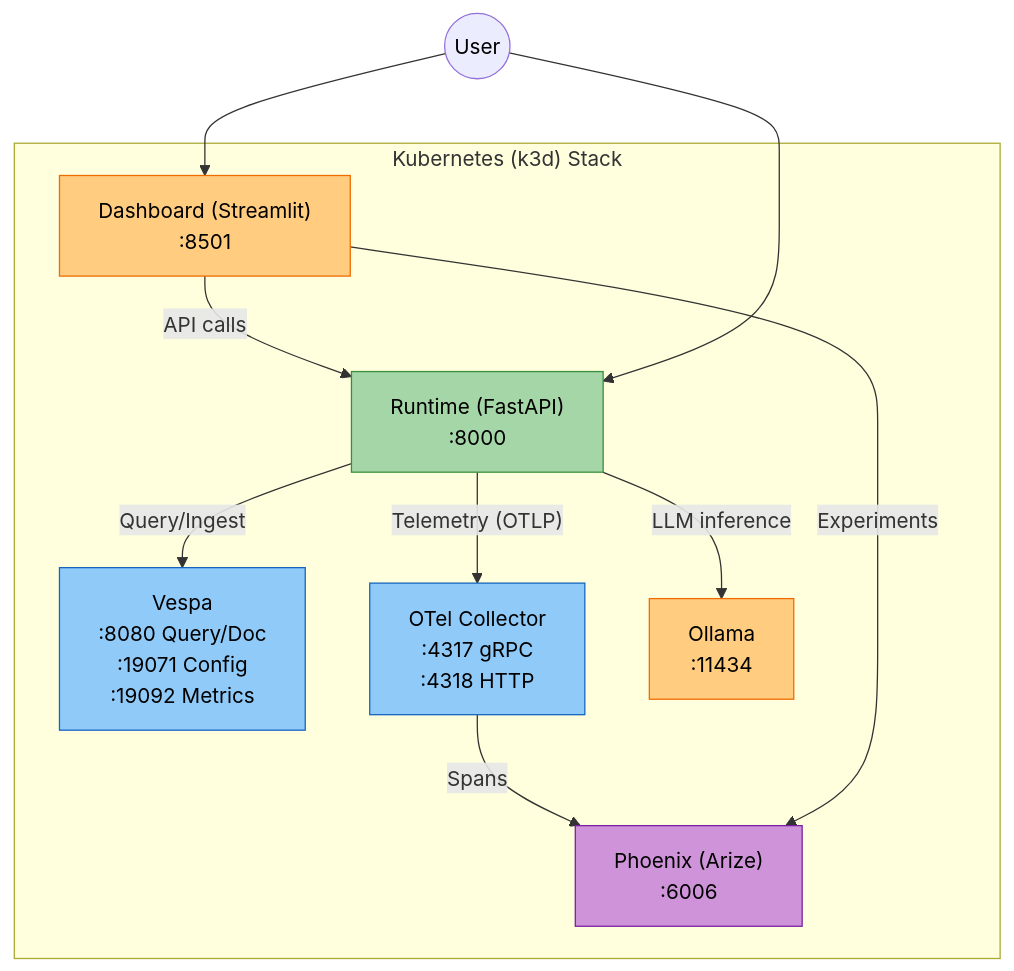
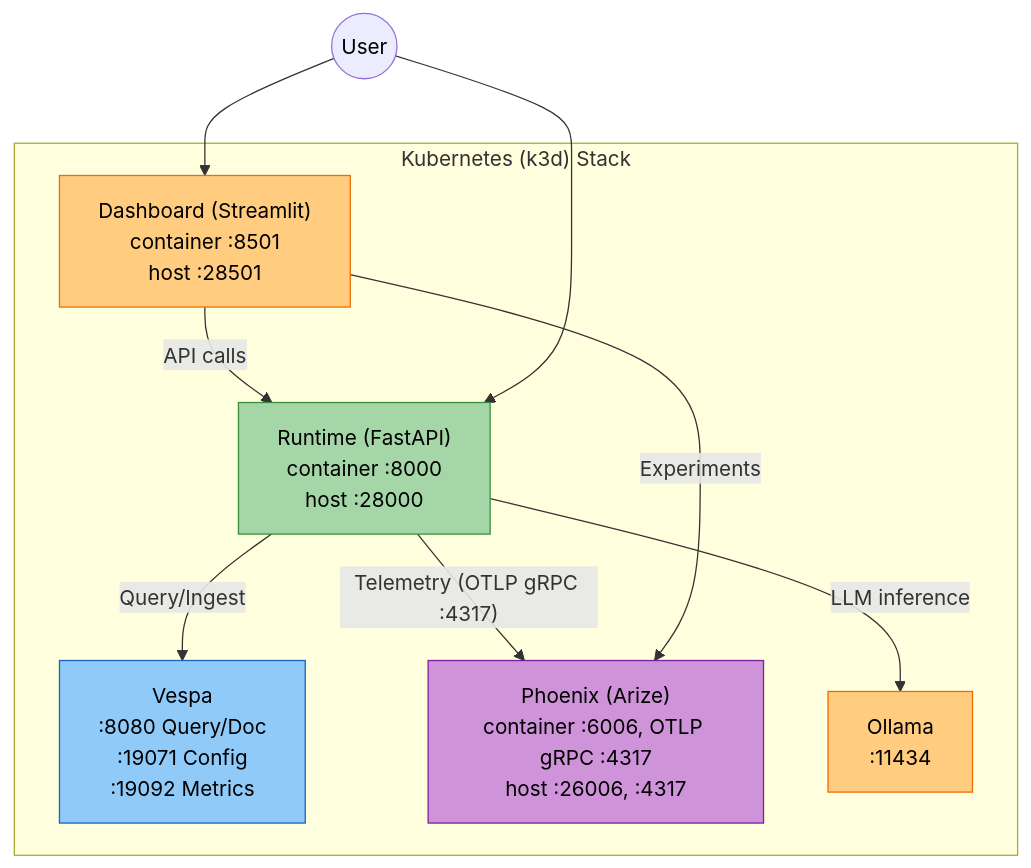
One commit to amit-jain/cogniverse changed the first of 6 diagrams in docs/setup/live-demo-guide.md. Above: the diagram before and after it, drawn with Mermaid. The commit also changed other lines of this file and 50 other files, not shown here.

First line of the commit message:
Complete and verify docs against code with mermaid palette

````diff
--- a/docs/setup/live-demo-guide.md
+++ b/docs/setup/live-demo-guide.md
@@ -39,28 +43,25 @@
 ```mermaid
 graph TB
     subgraph "Kubernetes (k3d) Stack"
         VESPA["<span style='color:#000'>Vespa<br/>:8080 Query/Doc<br/>:19071 Config<br/>:19092 Metrics</span>"]
-        RUNTIME["<span style='color:#000'>Runtime (FastAPI)<br/>:8000</span>"]
-        DASHBOARD["<span style='color:#000'>Dashboard (Streamlit)<br/>:8501</span>"]
-        PHOENIX["<span style='color:#000'>Phoenix (Arize)<br/>:6006</span>"]
-        OTEL["<span style='color:#000'>OTel Collector<br/>:4317 gRPC<br/>:4318 HTTP</span>"]
+        RUNTIME["<span style='color:#000'>Runtime (FastAPI)<br/>container :8000<br/>host :28000</span>"]
+        DASHBOARD["<span style='color:#000'>Dashboard (Streamlit)<br/>container :8501<br/>host :28501</span>"]
+        PHOENIX["<span style='color:#000'>Phoenix (Arize)<br/>container :6006, OTLP gRPC :4317<br/>host :26006, :4317</span>"]
         OLLAMA["<span style='color:#000'>Ollama<br/>:11434</span>"]
     end
 
     RUNTIME -->|"Query/Ingest"| VESPA
-    RUNTIME -->|"Telemetry (OTLP)"| OTEL
-    OTEL -->|"Spans"| PHOENIX
+    RUNTIME -->|"Telemetry (OTLP gRPC :4317)"| PHOENIX
     DASHBOARD -->|"API calls"| RUNTIME
     DASHBOARD -->|"Experiments"| PHOENIX
     RUNTIME -->|"LLM inference"| OLLAMA
 
     USER(("<span style='color:#000'>User</span>")) --> DASHBOARD
     USER --> RUNTIME
 
     style VESPA fill:#90caf9,stroke:#1565c0,color:#000
     style RUNTIME fill:#a5d6a7,stroke:#388e3c,color:#000
     style DASHBOARD fill:#ffcc80,stroke:#ef6c00,color:#000
     style PHOENIX fill:#ce93d8,stroke:#7b1fa2,color:#000
-    style OTEL fill:#90caf9,stroke:#1565c0,color:#000
     style OLLAMA fill:#ffcc80,stroke:#ef6c00,color:#000
 ```
````
